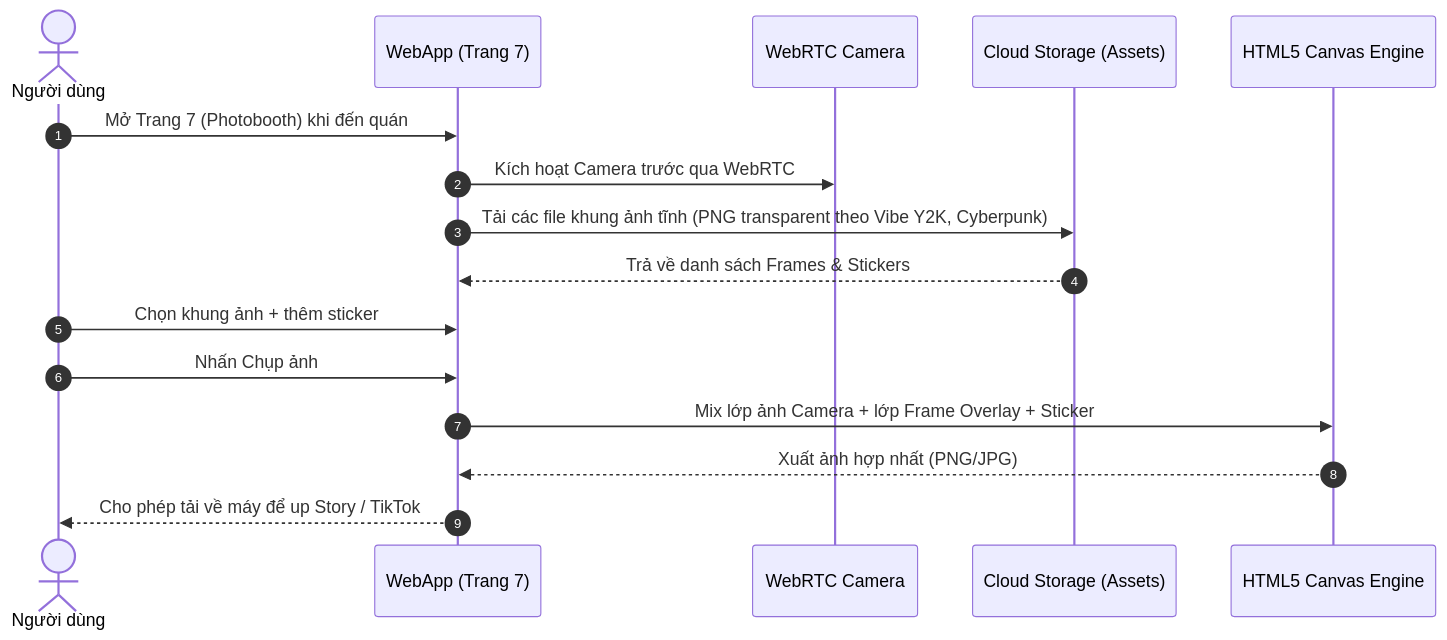
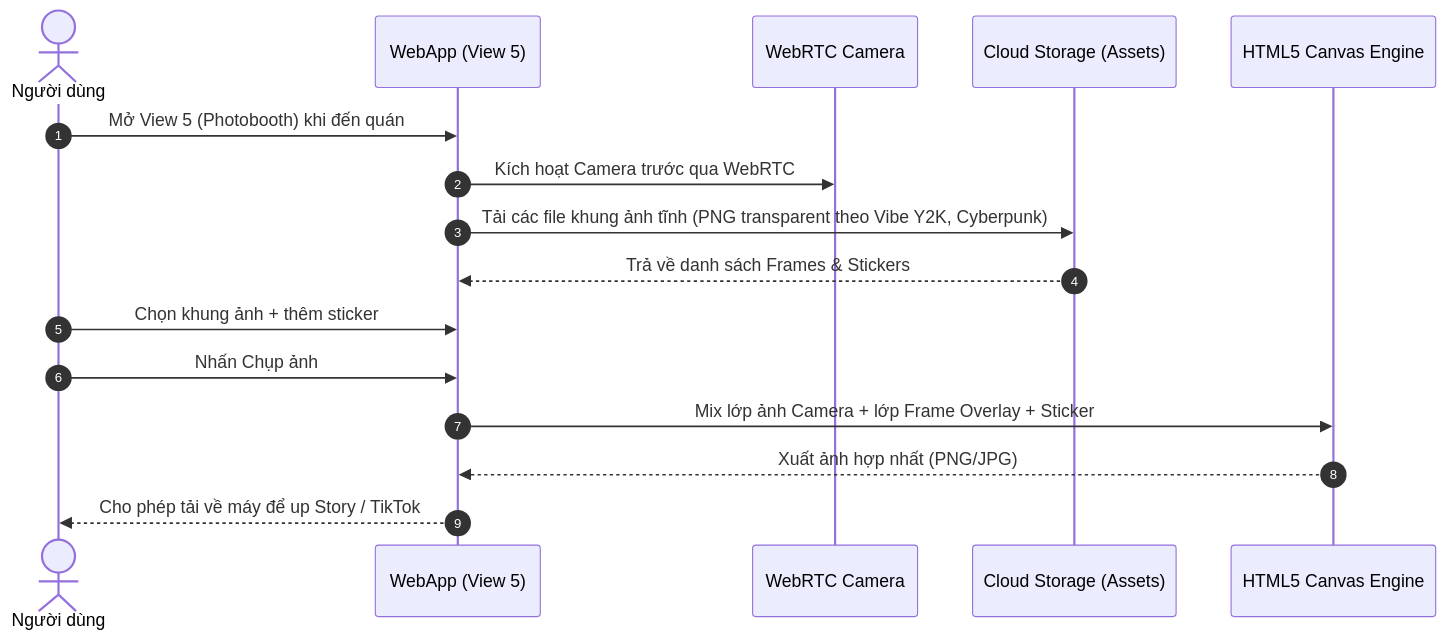
The fifth of 5 diagrams in CONTEXT.md (BennedictQuanTon/AuraLens), drawn with Mermaid before and after one commit. The commit also changed other lines of this file and 1 other file, not shown here.

````diff
--- a/CONTEXT.md
+++ b/CONTEXT.md
@@ -188,19 +230,19 @@
 ```mermaid
 sequenceDiagram
     autonumber
     actor User as Người dùng
-    participant App as WebApp (Trang 7)
+    participant App as WebApp (View 5)
     participant Cam as WebRTC Camera
     participant CS as Cloud Storage (Assets)
     participant Canvas as HTML5 Canvas Engine
 
-    User->>App: Mở Trang 7 (Photobooth) khi đến quán
+    User->>App: Mở View 5 (Photobooth) khi đến quán
     App->>Cam: Kích hoạt Camera trước qua WebRTC
     App->>CS: Tải các file khung ảnh tĩnh (PNG transparent theo Vibe Y2K, Cyberpunk)
     CS-->>App: Trả về danh sách Frames & Stickers
     User->>App: Chọn khung ảnh + thêm sticker
     User->>App: Nhấn Chụp ảnh
     App->>Canvas: Mix lớp ảnh Camera + lớp Frame Overlay + Sticker
     Canvas-->>App: Xuất ảnh hợp nhất (PNG/JPG)
     App-->>User: Cho phép tải về máy để up Story / TikTok
 ```
````
